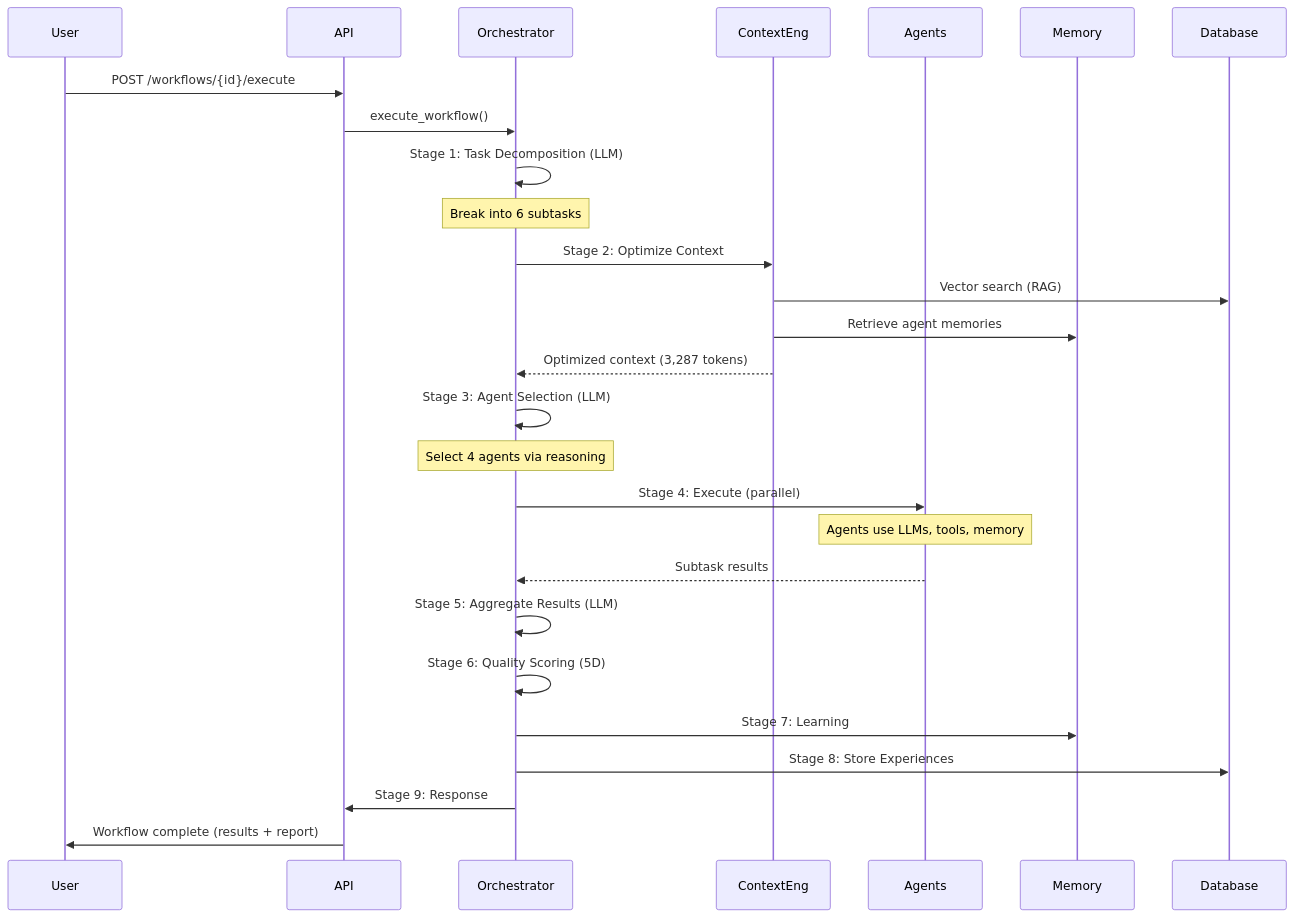
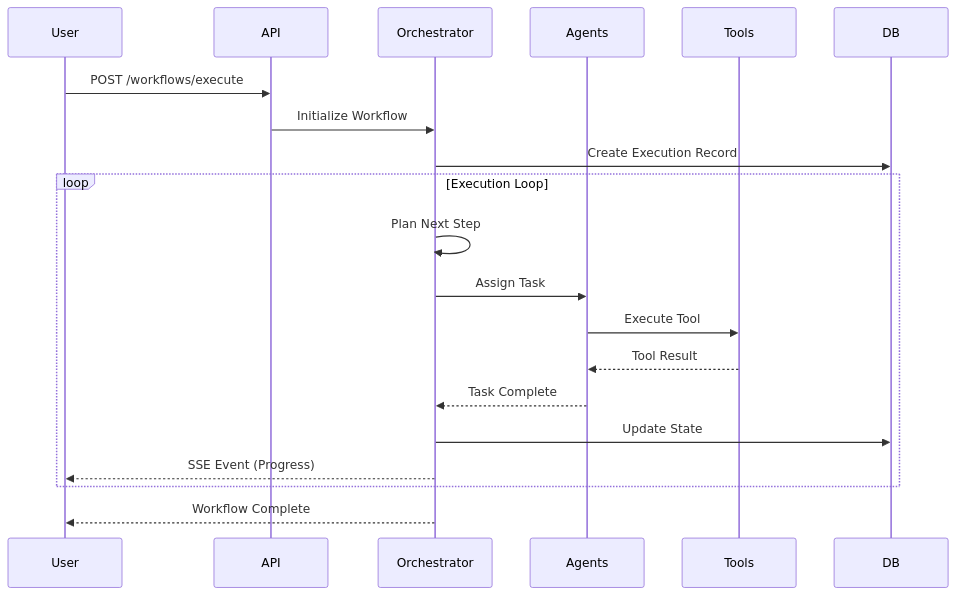
One commit to AutomatosAI/automatos-ai changed the second of 2 diagrams in docs/architecture.md. Above: the diagram before and after it, drawn with Mermaid. The commit also changed other lines of this file and 46 other files, not shown here.

````diff
--- a/docs/architecture.md
+++ b/docs/architecture.md
@@ -383,37 +144,25 @@
 ```mermaid
 sequenceDiagram
     participant User
     participant API
     participant Orchestrator
-    participant ContextEng
     participant Agents
-    participant Memory
-    participant Database
+    participant Tools
+    participant DB
     
-    User->>API: POST /workflows/{id}/execute
-    API->>Orchestrator: execute_workflow()
+    User->>API: POST /workflows/execute
+    API->>Orchestrator: Initialize Workflow
+    Orchestrator->>DB: Create Execution Record
     
-    Orchestrator->>Orchestrator: Stage 1: Task Decomposition (LLM)
-    Note over Orchestrator: Break into 6 subtasks
+    loop Execution Loop
+        Orchestrator->>Orchestrator: Plan Next Step
+        Orchestrator->>Agents: Assign Task
+        Agents->>Tools: Execute Tool
+        Tools-->>Agents: Tool Result
+        Agents-->>Orchestrator: Task Complete
+        Orchestrator->>DB: Update State
+        Orchestrator-->>User: SSE Event (Progress)
+    end
     
-    Orchestrator->>ContextEng: Stage 2: Optimize Context
-    ContextEng->>Database: Vector search (RAG)
-    ContextEng->>Memory: Retrieve agent memories
-    ContextEng-->>Orchestrator: Optimized context (3,287 tokens)
-    
-    Orchestrator->>Orchestrator: Stage 3: Agent Selection (LLM)
-    Note over Orchestrator: Select 4 agents via reasoning
-    
-    Orchestrator->>Agents: Stage 4: Execute (parallel)
-    Note over Agents: Agents use LLMs, tools, memory
-    Agents-->>Orchestrator: Subtask results
-    
-    Orchestrator->>Orchestrator: Stage 5: Aggregate Results (LLM)
-    Orchestrator->>Orchestrator: Stage 6: Quality Scoring (5D)
-    
-    Orchestrator->>Memory: Stage 7: Learning
-    Orchestrator->>Database: Stage 8: Store Experiences
-    
-    Orchestrator->>API: Stage 9: Response
-    API->>User: Workflow complete (results + report)
+    Orchestrator-->>User: Workflow Complete
 ```
````
